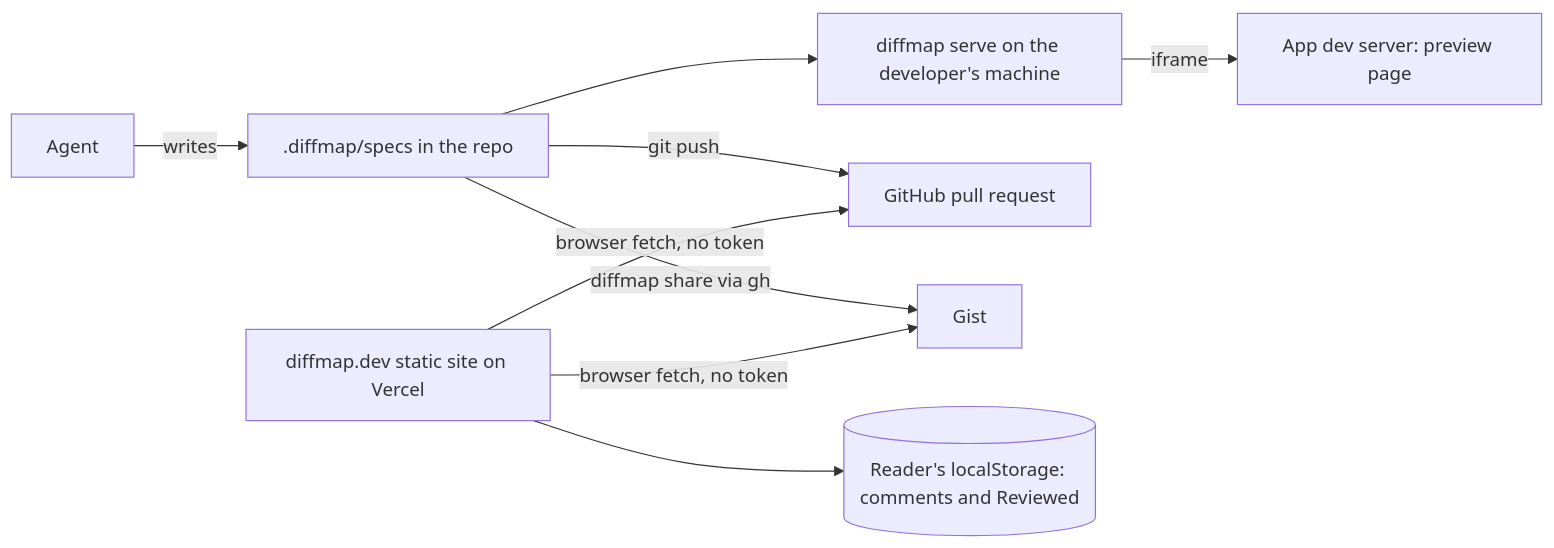
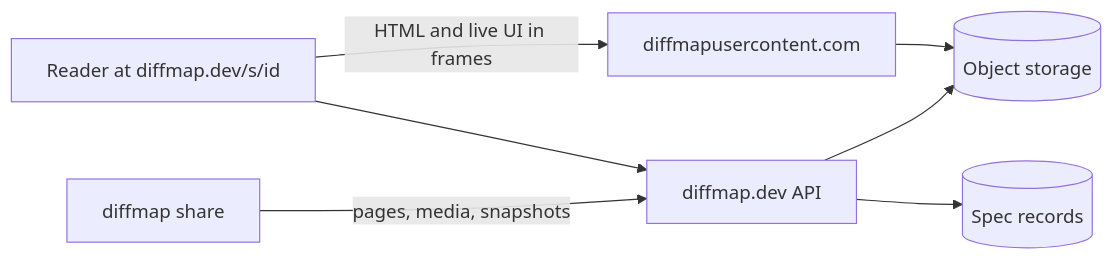
One commit to tanishqkancharla/diffmap changed the diagram in .diffmap/specs/diffmap-cloud/README.md. Above: the diagram before and after it, drawn with Mermaid. The commit also changed other lines of this file and 13 other files, not shown here.

Commit message:
Rewrite the diffmap cloud spec around publishing and sharing specs

````diff
--- a/.diffmap/specs/diffmap-cloud/README.md
+++ b/.diffmap/specs/diffmap-cloud/README.md
@@ -14,13 +28,10 @@
-```mermaid [What runs where today]
+```mermaid [diffmap share uploads to diffmap.dev instead of a gist]
 flowchart LR
-    A[Agent] -->|writes| S[.diffmap/specs in the repo]
-    S --> L[diffmap serve on the developer's machine]
-    L -->|iframe| P[App dev server: preview page]
-    S -->|git push| G[GitHub pull request]
-    S -->|diffmap share via gh| Gi[Gist]
-    D[diffmap.dev static site on Vercel] -->|browser fetch, no token| G
-    D -->|browser fetch, no token| Gi
-    D --> B[(Reader's localStorage: comments and Reviewed)]
-    %% ref node:L [[src/serve.ts#startServer]]
-    %% ref node:D [[src/host/HostApp.tsx#HostApp]]
+    A[diffmap share] -->|pages, media, snapshots| W[diffmap.dev API]
+    W --> R[(Object storage)]
+    W --> D[(Spec records)]
+    V[Reader at diffmap.dev/s/id] --> W
+    V -->|HTML and live UI in frames| U[diffmapusercontent.com]
+    U --> R
+    %% ref node:A [[src/share.ts#shareMarkdownFile]]
 ```
````
